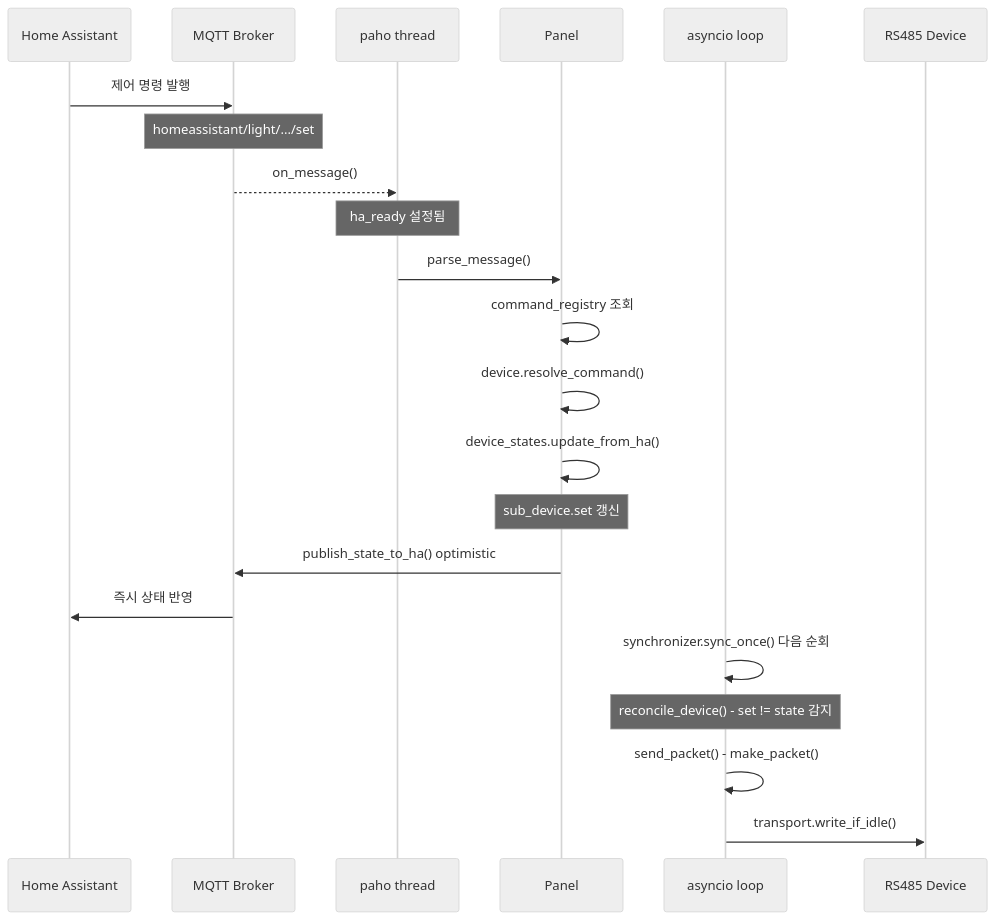
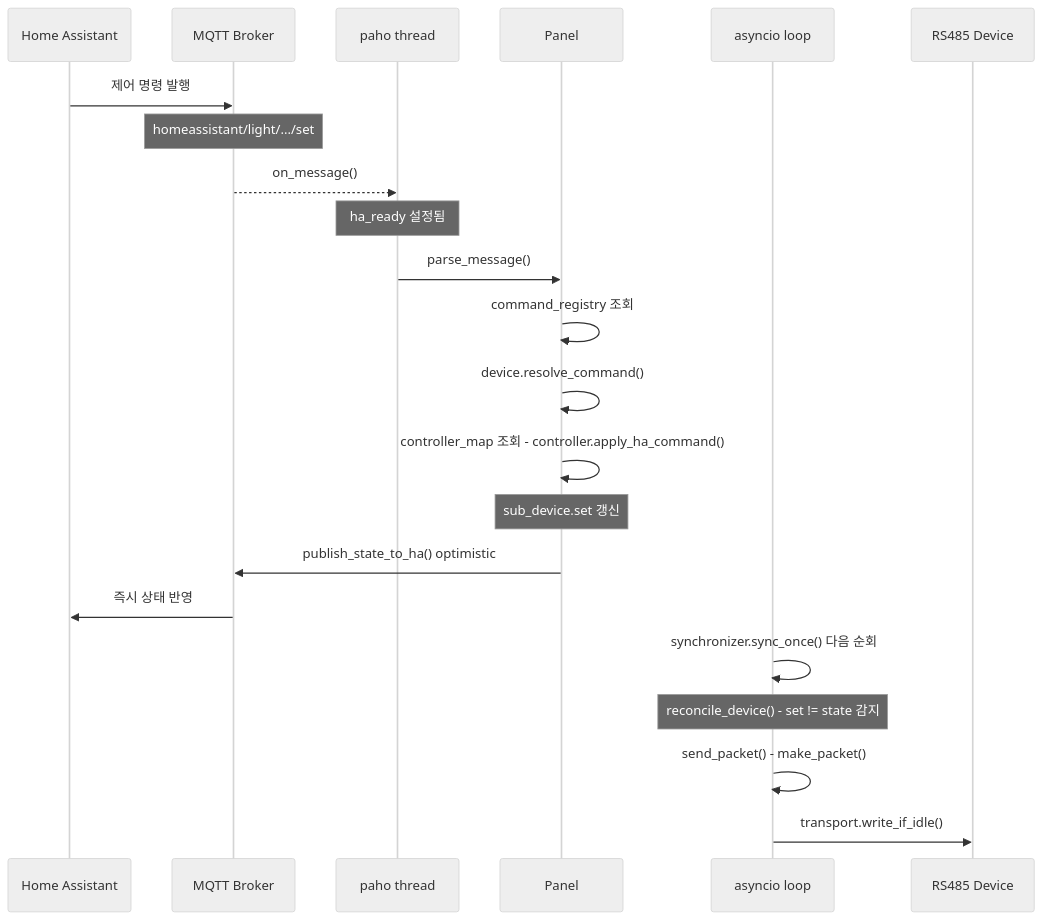
Before and after one commit to indielife/wallpad-mqtt-bridge: the second of 3 diagrams in docs/sequences.md, drawn with Mermaid (neutral theme). The commit also changed other lines of this file and 17 other files, not shown here.

````diff
--- a/docs/sequences.md
+++ b/docs/sequences.md
@@ -55,27 +55,27 @@
 ```mermaid
 sequenceDiagram
     participant HA as Home Assistant
     participant Broker as MQTT Broker
     participant paho as paho thread
     participant Panel
     participant aloop as asyncio loop
     participant RS485 as RS485 Device
 
     HA->>Broker: 제어 명령 발행
     Note over Broker: homeassistant/light/.../set
     Broker-->>paho: on_message()
     Note over paho: ha_ready 설정됨
 
     paho->>Panel: parse_message()
     Panel->>Panel: command_registry 조회
     Panel->>Panel: device.resolve_command()
-    Panel->>Panel: device_states.update_from_ha()
+    Panel->>Panel: controller_map 조회 - controller.apply_ha_command()
     Note over Panel: sub_device.set 갱신
     Panel->>Broker: publish_state_to_ha() optimistic
     Broker->>HA: 즉시 상태 반영
 
     aloop->>aloop: synchronizer.sync_once() 다음 순회
     Note over aloop: reconcile_device() - set != state 감지
     aloop->>aloop: send_packet() - make_packet()
     aloop->>RS485: transport.write_if_idle()
 ```
````
